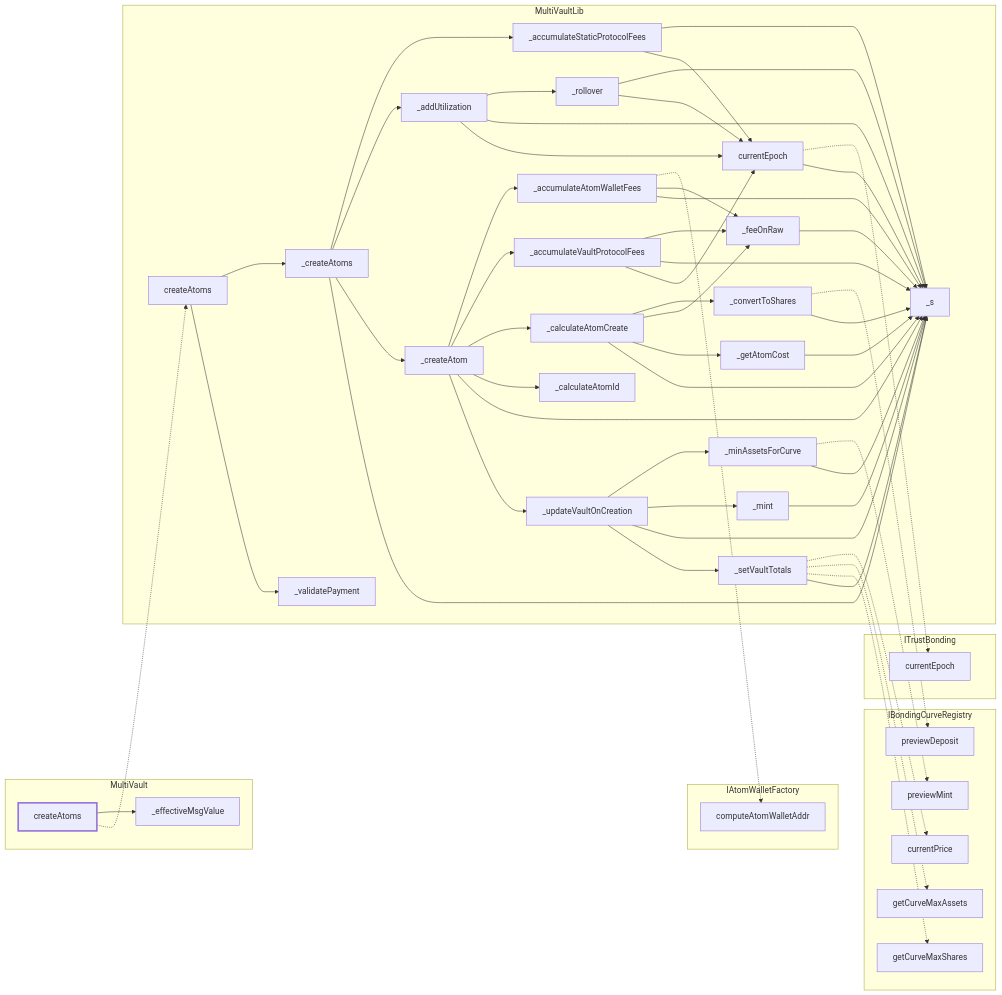
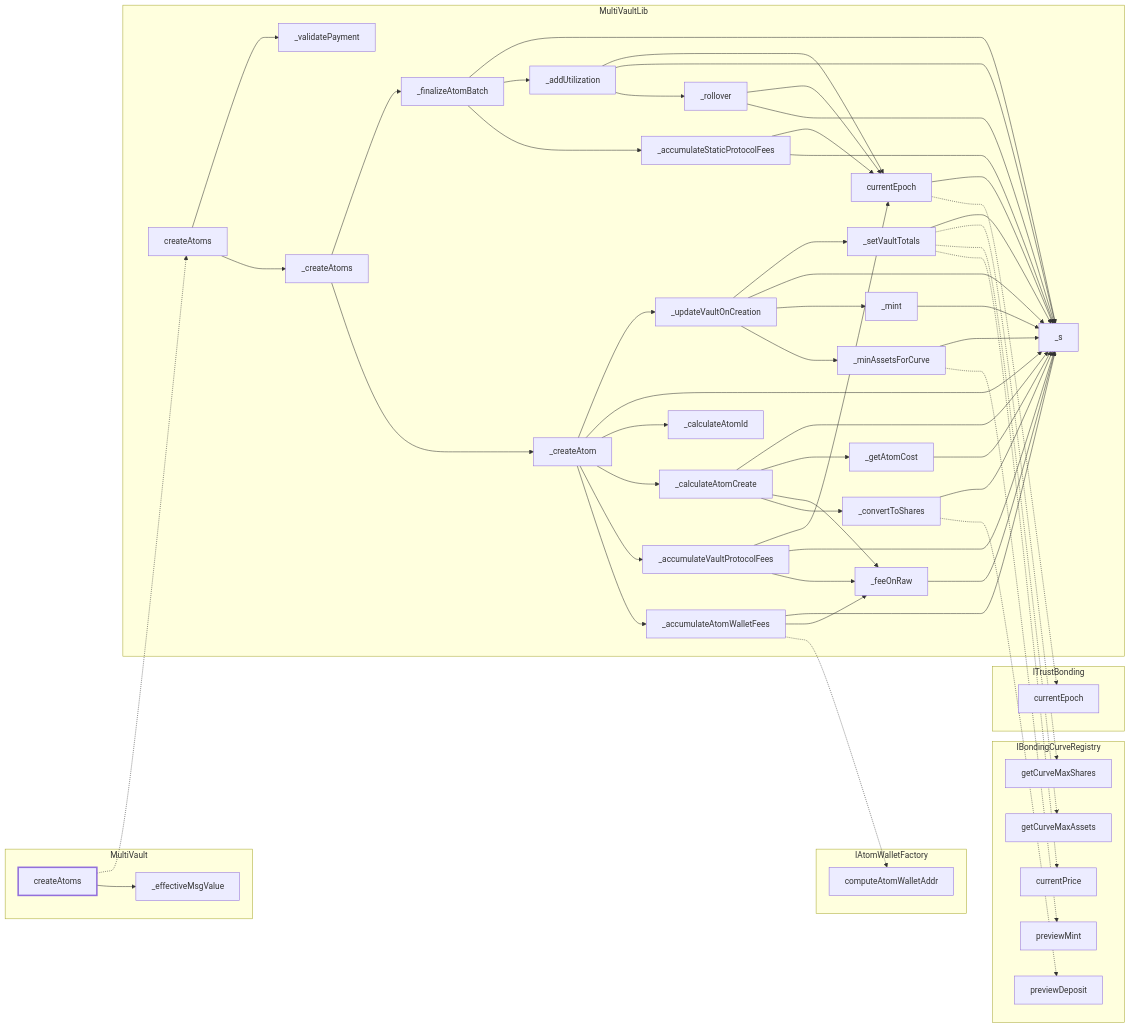
One commit to 0xIntuition/intuition-contracts-v2 changed the diagram in docs/call-flows/generated/multivault-create-atoms.md. Above: the diagram before and after it, drawn with Mermaid. The commit also changed other lines of this file and 57 other files, not shown here.

Commit message:
refactor: rename misleading identifiers in the dynamic-fee curve, FeeProxy, MultiVaultLib and AtomWallet

````diff
--- a/docs/call-flows/generated/multivault-create-atoms.md
+++ b/docs/call-flows/generated/multivault-create-atoms.md
@@ -38,6 +38,7 @@
     MultiVaultLib__createAtom["_createAtom"]
     MultiVaultLib__createAtoms["_createAtoms"]
     MultiVaultLib__feeOnRaw["_feeOnRaw"]
+    MultiVaultLib__finalizeAtomBatch["_finalizeAtomBatch"]
     MultiVaultLib__getAtomCost["_getAtomCost"]
     MultiVaultLib__minAssetsForCurve["_minAssetsForCurve"]
     MultiVaultLib__mint["_mint"]
@@ -53,25 +54,17 @@
   MultiVault_createAtoms -.-> MultiVaultLib_createAtoms
   MultiVaultLib_createAtoms --> MultiVaultLib__createAtoms
   MultiVaultLib_createAtoms --> MultiVaultLib__validatePayment
-  MultiVaultLib__createAtoms --> MultiVaultLib__accumulateStaticProtocolFees
-  MultiVaultLib__createAtoms --> MultiVaultLib__addUtilization
   MultiVaultLib__createAtoms --> MultiVaultLib__createAtom
-  MultiVaultLib__createAtoms --> MultiVaultLib__s
-  MultiVaultLib__accumulateStaticProtocolFees --> MultiVaultLib__s
-  MultiVaultLib__accumulateStaticProtocolFees --> MultiVaultLib_currentEpoch
-  MultiVaultLib__addUtilization --> MultiVaultLib__rollover
-  MultiVaultLib__addUtilization --> MultiVaultLib__s
-  MultiVaultLib__addUtilization --> MultiVaultLib_currentEpoch
+  MultiVaultLib__createAtoms --> MultiVaultLib__finalizeAtomBatch
   MultiVaultLib__createAtom --> MultiVaultLib__accumulateAtomWalletFees
   MultiVaultLib__createAtom --> MultiVaultLib__accumulateVaultProtocolFees
   MultiVaultLib__createAtom --> MultiVaultLib__calculateAtomCreate
   MultiVaultLib__createAtom --> MultiVaultLib__calculateAtomId
   MultiVaultLib__createAtom --> MultiVaultLib__s
   MultiVaultLib__createAtom --> MultiVaultLib__updateVaultOnCreation
-  MultiVaultLib_currentEpoch -.-> ITrustBonding_currentEpoch
-  MultiVaultLib_currentEpoch --> MultiVaultLib__s
-  MultiVaultLib__rollover --> MultiVaultLib__s
-  MultiVaultLib__rollover --> MultiVaultLib_currentEpoch
+  MultiVaultLib__finalizeAtomBatch --> MultiVaultLib__accumulateStaticProtocolFees
+  MultiVaultLib__finalizeAtomBatch --> MultiVaultLib__addUtilization
+  MultiVaultLib__finalizeAtomBatch --> MultiVaultLib__s
   MultiVaultLib__accumulateAtomWalletFees -.-> IAtomWalletFactory_computeAtomWalletAddr
   MultiVaultLib__accumulateAtomWalletFees --> MultiVaultLib__feeOnRaw
   MultiVaultLib__accumulateAtomWalletFees --> MultiVaultLib__s
@@ -86,7 +79,14 @@
   MultiVaultLib__updateVaultOnCreation --> MultiVaultLib__mint
   MultiVaultLib__updateVaultOnCreation --> MultiVaultLib__s
   MultiVaultLib__updateVaultOnCreation --> MultiVaultLib__setVaultTotals
+  MultiVaultLib__accumulateStaticProtocolFees --> MultiVaultLib__s
+  MultiVaultLib__accumulateStaticProtocolFees --> MultiVaultLib_currentEpoch
+  MultiVaultLib__addUtilization --> MultiVaultLib__rollover
+  MultiVaultLib__addUtilization --> MultiVaultLib__s
+  MultiVaultLib__addUtilization --> MultiVaultLib_currentEpoch
   MultiVaultLib__feeOnRaw --> MultiVaultLib__s
+  MultiVaultLib_currentEpoch -.-> ITrustBonding_currentEpoch
+  MultiVaultLib_currentEpoch --> MultiVaultLib__s
   MultiVaultLib__convertToShares -.-> IBondingCurveRegistry_previewDeposit
   MultiVaultLib__convertToShares --> MultiVaultLib__s
   MultiVaultLib__getAtomCost --> MultiVaultLib__s
@@ -97,5 +97,7 @@
   MultiVaultLib__setVaultTotals -.-> IBondingCurveRegistry_getCurveMaxAssets
   MultiVaultLib__setVaultTotals -.-> IBondingCurveRegistry_getCurveMaxShares
   MultiVaultLib__setVaultTotals --> MultiVaultLib__s
+  MultiVaultLib__rollover --> MultiVaultLib__s
+  MultiVaultLib__rollover --> MultiVaultLib_currentEpoch
   style MultiVault_createAtoms stroke-width:3px
 ```
````
